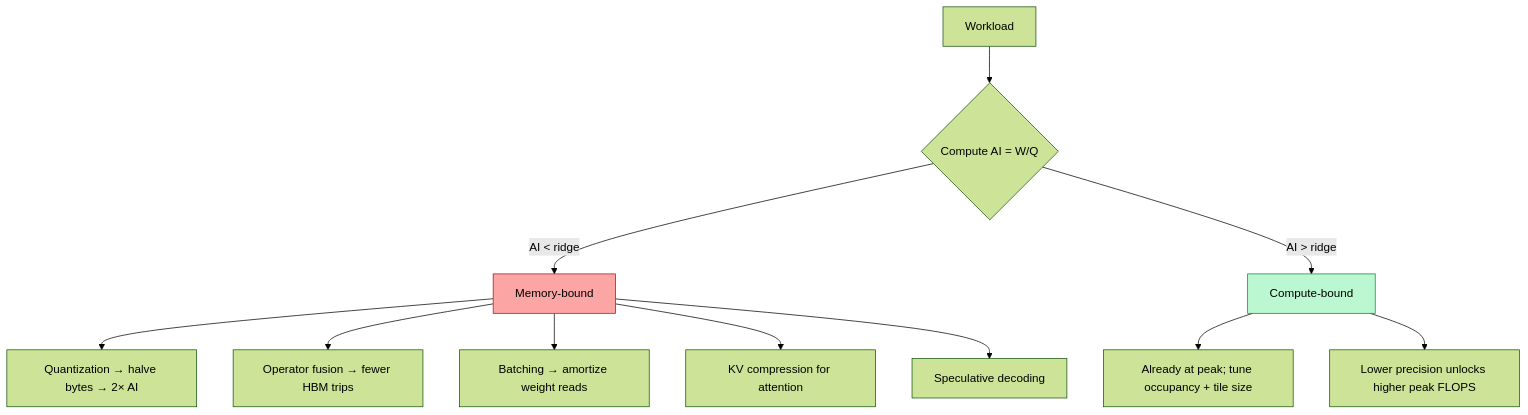
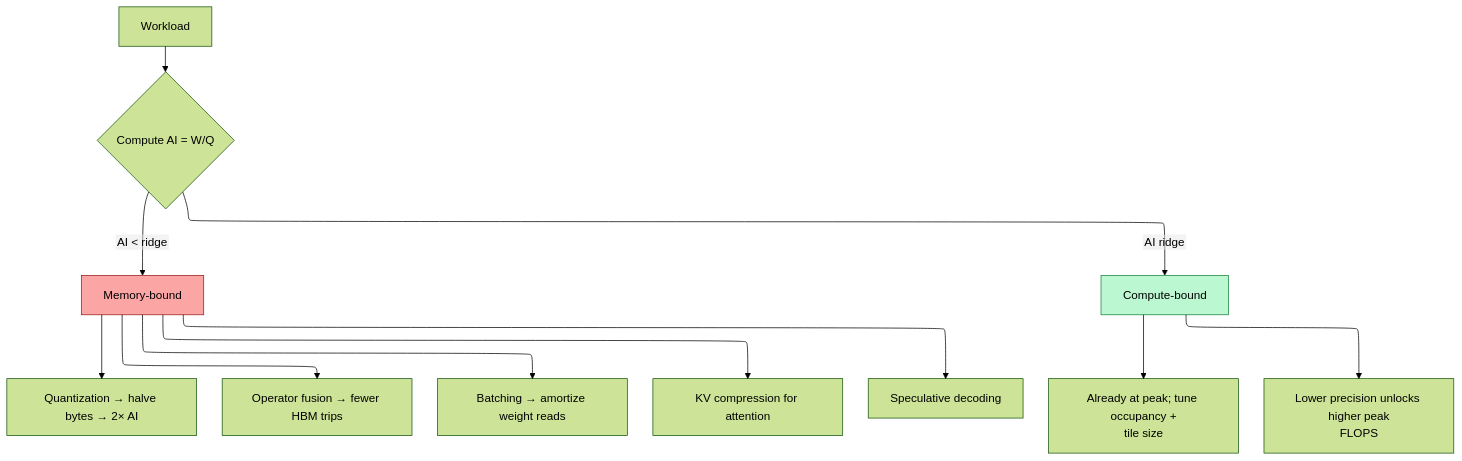
Before and after one commit to Wty2003328/ai_infra_intro: the second of 4 diagrams in ai_infra/L3_Microarchitecture/Memory_Hierarchy_and_Roofline.md, drawn with Mermaid (forest theme). The commit also changed other lines of this file and 108 other files, not shown here.

````diff
--- a/ai_infra/L3_Microarchitecture/Memory_Hierarchy_and_Roofline.md
+++ b/ai_infra/L3_Microarchitecture/Memory_Hierarchy_and_Roofline.md
@@ -361,18 +362,19 @@
 ```mermaid
+%%{init: {"flowchart": {"defaultRenderer": "elk", "nodeSpacing": 60, "rankSpacing": 60, "htmlLabels": false}}}%%
 flowchart TD
     KERNEL[Workload] --> AI{Compute AI = W/Q}
     AI -->|"AI < ridge"| MB[Memory-bound]
     AI -->|"AI > ridge"| CB[Compute-bound]
 
     MB --> M1[Quantization → halve bytes → 2× AI]
     MB --> M2[Operator fusion → fewer HBM trips]
     MB --> M3[Batching → amortize weight reads]
     MB --> M4[KV compression for attention]
     MB --> M5[Speculative decoding]
 
-    CB --> C1[Already at peak; tune occupancy + tile size]
-    CB --> C2[Lower precision unlocks higher peak FLOPS]
+    CB --> C1[Already at peak; tune occupancy +<br/>tile size]
+    CB --> C2[Lower precision unlocks higher peak<br/>FLOPS]
 
     style MB fill:#fca5a5,stroke:#991b1b,color:#000
     style CB fill:#bbf7d0,stroke:#15803d,color:#000
 ```
````
